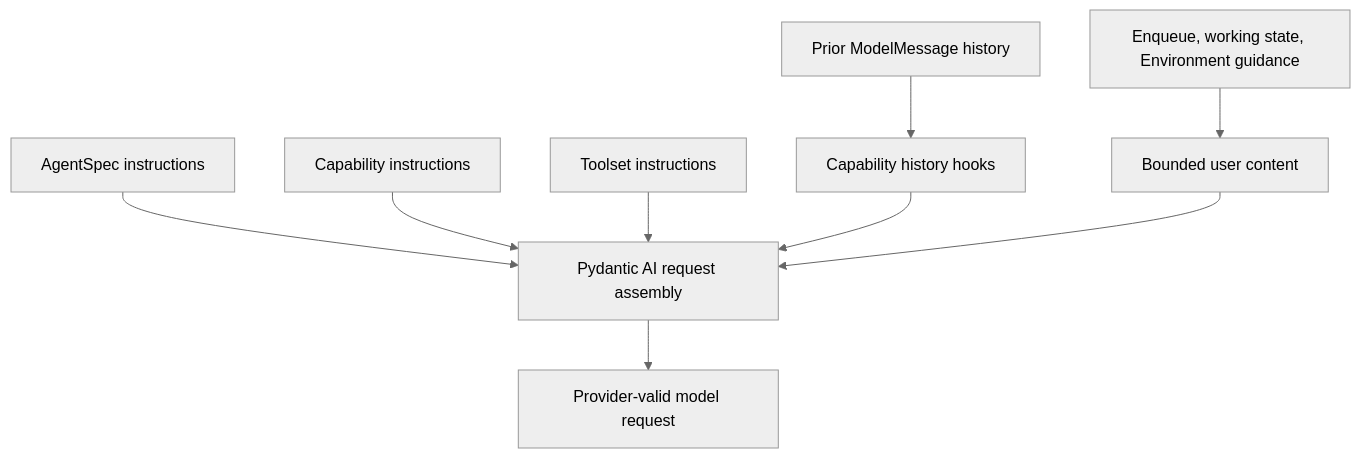
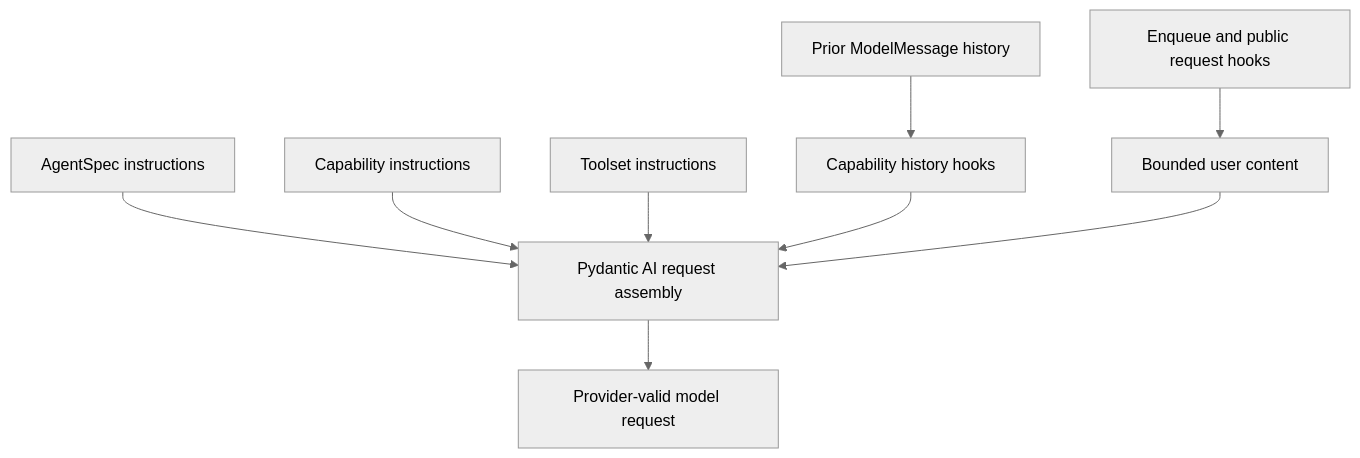
One commit to LTThreeComma/agent-foundation changed the first of 2 diagrams in spec/agent-harness/09-context-and-memory.md. Above: the diagram before and after it, drawn with Mermaid (neutral theme). The commit also changed other lines of this file and 25 other files, not shown here.

````diff
--- a/spec/agent-harness/09-context-and-memory.md
+++ b/spec/agent-harness/09-context-and-memory.md
@@ -11,11 +11,11 @@
 ```mermaid
 flowchart TB
     Agent[AgentSpec instructions] --> PAI[Pydantic AI request assembly]
     Capability[Capability instructions] --> PAI
     Toolset[Toolset instructions] --> PAI
     Messages[Prior ModelMessage history] --> History[Capability history hooks]
     History --> PAI
-    Dynamic[Enqueue, working state, Environment guidance] --> User[Bounded user content]
+    Dynamic[Enqueue and public request hooks] --> User[Bounded user content]
     User --> PAI
     PAI --> Request[Provider-valid model request]
 ```
````
